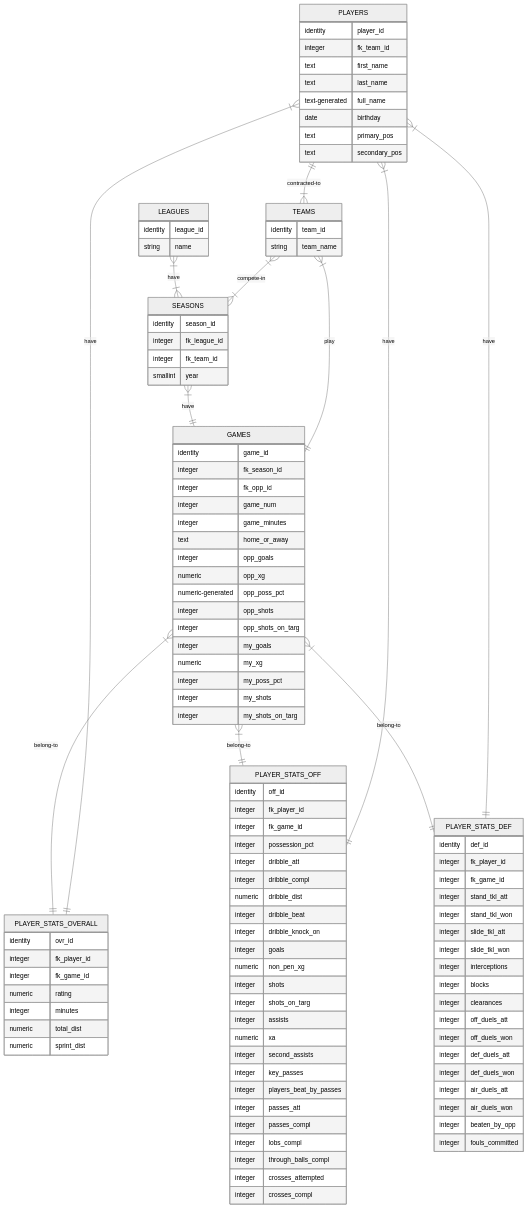
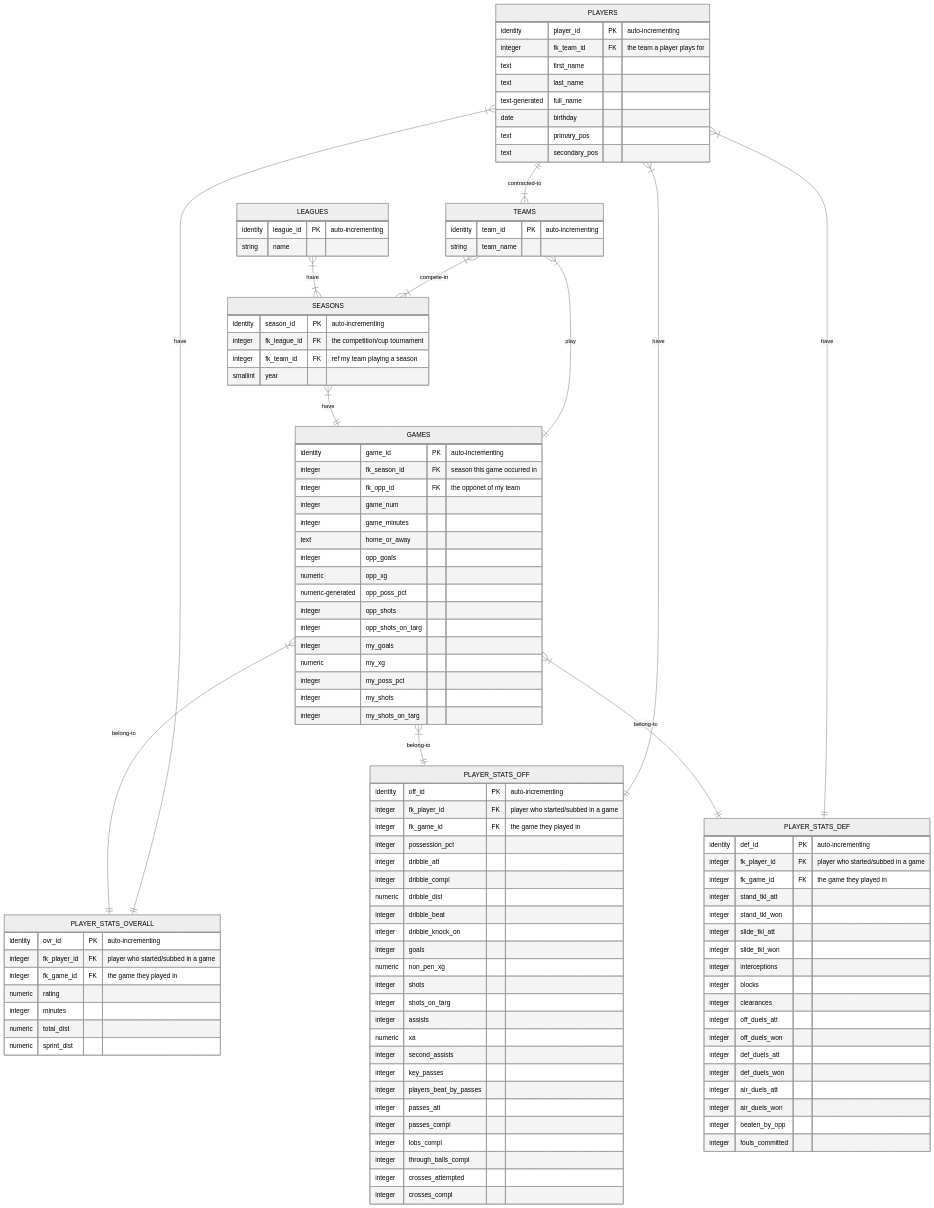
The diagram in README.md (BrandonHoeft/fifa-career-mode-db), drawn with Mermaid (neutral theme) before and after one commit.

Commit message:
update: mermaid.js ERD PK + FK descriptions

```diff
--- a/README.md
+++ b/README.md
@@ -12,25 +12,25 @@
 erDiagram
     LEAGUES }|--|{ SEASONS : have
        LEAGUES {
-           identity league_id
+           identity league_id PK "auto-incrementing"
            string name
     }
     TEAMS }|--|{ SEASONS : compete-in
        TEAMS {
-           identity team_id
+           identity team_id PK "auto-incrementing"
            string team_name
     }
        SEASONS {
-           identity season_id
-           integer fk_league_id
-           integer fk_team_id
+           identity season_id PK "auto-incrementing"
+           integer fk_league_id FK "the competition/cup tournament"
+           integer fk_team_id FK "ref my team playing a season"
            smallint year
     }
     SEASONS }|--|| GAMES : have
         GAMES {
-            identity game_id
-            integer fk_season_id
-            integer fk_opp_id
+            identity game_id PK "auto-incrementing"
+            integer fk_season_id FK "season this game occurred in"
+            integer fk_opp_id FK "the opponet of my team"
             integer game_num
             integer game_minutes
             text home_or_away
@@ -48,8 +48,8 @@
     TEAMS }|--|| GAMES : play
     PLAYERS ||--|{ TEAMS : contracted-to
         PLAYERS {
-            identity player_id
-            integer fk_team_id
+            identity player_id PK "auto-incrementing"
+            integer fk_team_id FK "the team a player plays for"
             text first_name
             text last_name
             text-generated full_name
@@ -60,9 +60,9 @@
     
     GAMES }|--|| PLAYER_STATS_OVERALL : belong-to
         PLAYER_STATS_OVERALL {
-            identity ovr_id
-            integer fk_player_id
-            integer fk_game_id
+            identity ovr_id PK "auto-incrementing"
+            integer fk_player_id FK "player who started/subbed in a game"
+            integer fk_game_id  FK "the game they played in"
             numeric rating
             integer minutes
             numeric total_dist
@@ -73,9 +73,9 @@
  
     GAMES }|--|| PLAYER_STATS_OFF : belong-to
         PLAYER_STATS_OFF {
-            identity off_id
-            integer fk_player_id
-            integer fk_game_id
+            identity off_id PK "auto-incrementing"
+            integer fk_player_id FK "player who started/subbed in a game"
+            integer fk_game_id FK "the game they played in"
             integer possession_pct
             integer dribble_att
             integer dribble_compl
@@ -105,9 +105,9 @@
  
     GAMES }|--|| PLAYER_STATS_DEF : belong-to
         PLAYER_STATS_DEF {
-            identity def_id
-            integer fk_player_id
-            integer fk_game_id
+            identity def_id PK "auto-incrementing"
+            integer fk_player_id FK "player who started/subbed in a game"
+            integer fk_game_id FK  "the game they played in"
             integer stand_tkl_att
             integer stand_tkl_won
             integer slide_tkl_att
```
